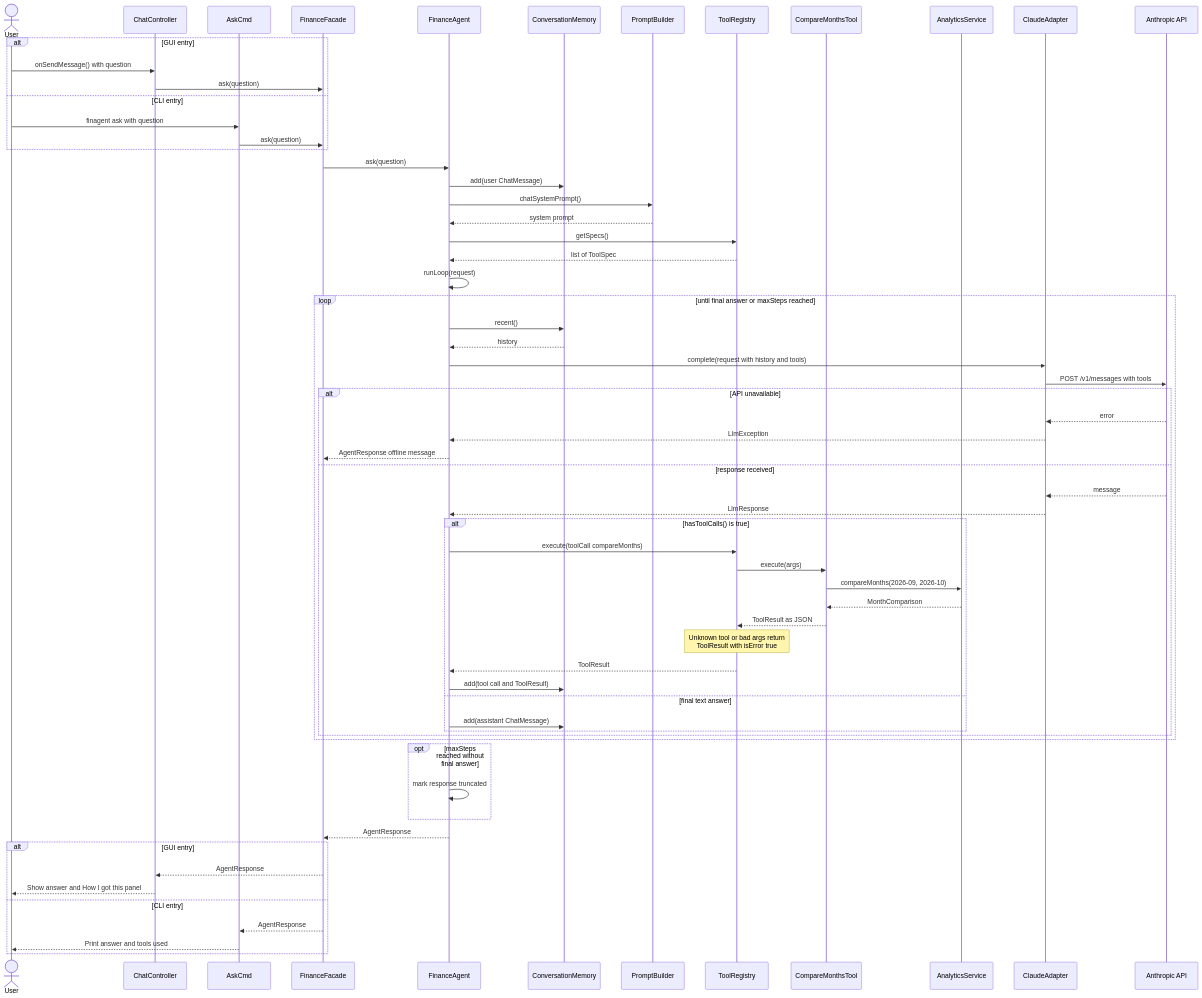
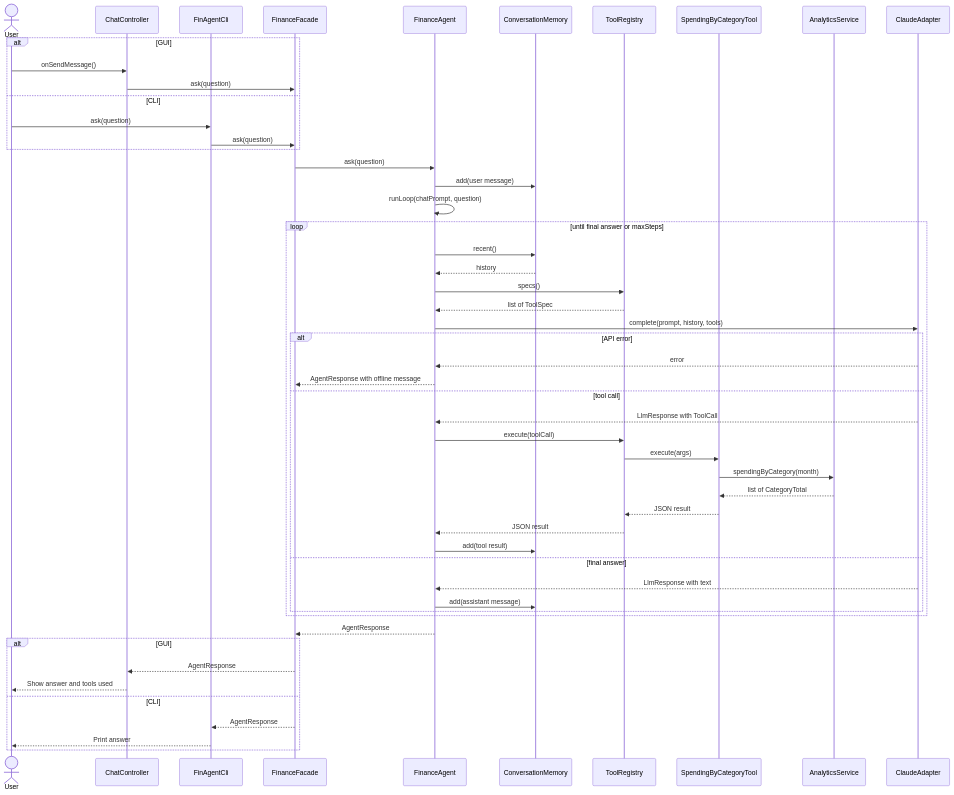
One commit to Abdi238/EECS3311-course-project changed diagram 11 of 12 in docs/Stage1_Report.md. Above: the diagram before and after it, drawn with Mermaid. The commit also changed other lines of this file, not shown here.

````diff
--- a/docs/Stage1_Report.md
+++ b/docs/Stage1_Report.md
@@ -1896,69 +1245,55 @@
 ```mermaid
 sequenceDiagram
     actor U as User
     participant CC as ChatController
-    participant AC as AskCmd
+    participant CLI as FinAgentCli
     participant F as FinanceFacade
     participant A as FinanceAgent
     participant M as ConversationMemory
-    participant PB as PromptBuilder
     participant TG as ToolRegistry
-    participant T as CompareMonthsTool
-    participant AS as AnalyticsService
+    participant T as SpendingByCategoryTool
+    participant AN as AnalyticsService
     participant LLM as ClaudeAdapter
-    participant API as Anthropic API
 
-    alt GUI entry
-        U->>CC: onSendMessage() with question
+    alt GUI
+        U->>CC: onSendMessage()
         CC->>F: ask(question)
-    else CLI entry
-        U->>AC: finagent ask with question
-        AC->>F: ask(question)
+    else CLI
+        U->>CLI: ask(question)
+        CLI->>F: ask(question)
     end
     F->>A: ask(question)
-    A->>M: add(user ChatMessage)
-    A->>PB: chatSystemPrompt()
-    PB-->>A: system prompt
-    A->>TG: getSpecs()
-    TG-->>A: list of ToolSpec
-    A->>A: runLoop(request)
-
-    loop until final answer or maxSteps reached
+    A->>M: add(user message)
+    A->>A: runLoop(chatPrompt, question)
+    loop until final answer or maxSteps
         A->>M: recent()
         M-->>A: history
-        A->>LLM: complete(request with history and tools)
-        LLM->>API: POST /v1/messages with tools
-        alt API unavailable
-            API-->>LLM: error
-            LLM-->>A: LlmException
-            A-->>F: AgentResponse offline message
-        else response received
-            API-->>LLM: message
-            LLM-->>A: LlmResponse
-            alt hasToolCalls() is true
-                A->>TG: execute(toolCall compareMonths)
-                TG->>T: execute(args)
-                T->>AS: compareMonths(2026-09, 2026-10)
-                AS-->>T: MonthComparison
-                T-->>TG: ToolResult as JSON
-                Note over TG: Unknown tool or bad args return<br/>ToolResult with isError true
-                TG-->>A: ToolResult
-                A->>M: add(tool call and ToolResult)
-            else final text answer
-                A->>M: add(assistant ChatMessage)
-            end
+        A->>TG: specs()
+        TG-->>A: list of ToolSpec
+        A->>LLM: complete(prompt, history, tools)
+        alt API error
+            LLM-->>A: error
+            A-->>F: AgentResponse with offline message
+        else tool call
+            LLM-->>A: LlmResponse with ToolCall
+            A->>TG: execute(toolCall)
+            TG->>T: execute(args)
+            T->>AN: spendingByCategory(month)
+            AN-->>T: list of CategoryTotal
+            T-->>TG: JSON result
+            TG-->>A: JSON result
+            A->>M: add(tool result)
+        else final answer
+            LLM-->>A: LlmResponse with text
+            A->>M: add(assistant message)
         end
     end
-
-    opt maxSteps reached without final answer
-        A->>A: mark response truncated
-    end
     A-->>F: AgentResponse
-    alt GUI entry
+    alt GUI
         F-->>CC: AgentResponse
-        CC-->>U: Show answer and How I got this panel
-    else CLI entry
-        F-->>AC: AgentResponse
-        AC-->>U: Print answer and tools used
+        CC-->>U: Show answer and tools used
+    else CLI
+        F-->>CLI: AgentResponse
+        CLI-->>U: Print answer
     end
 ```
````
